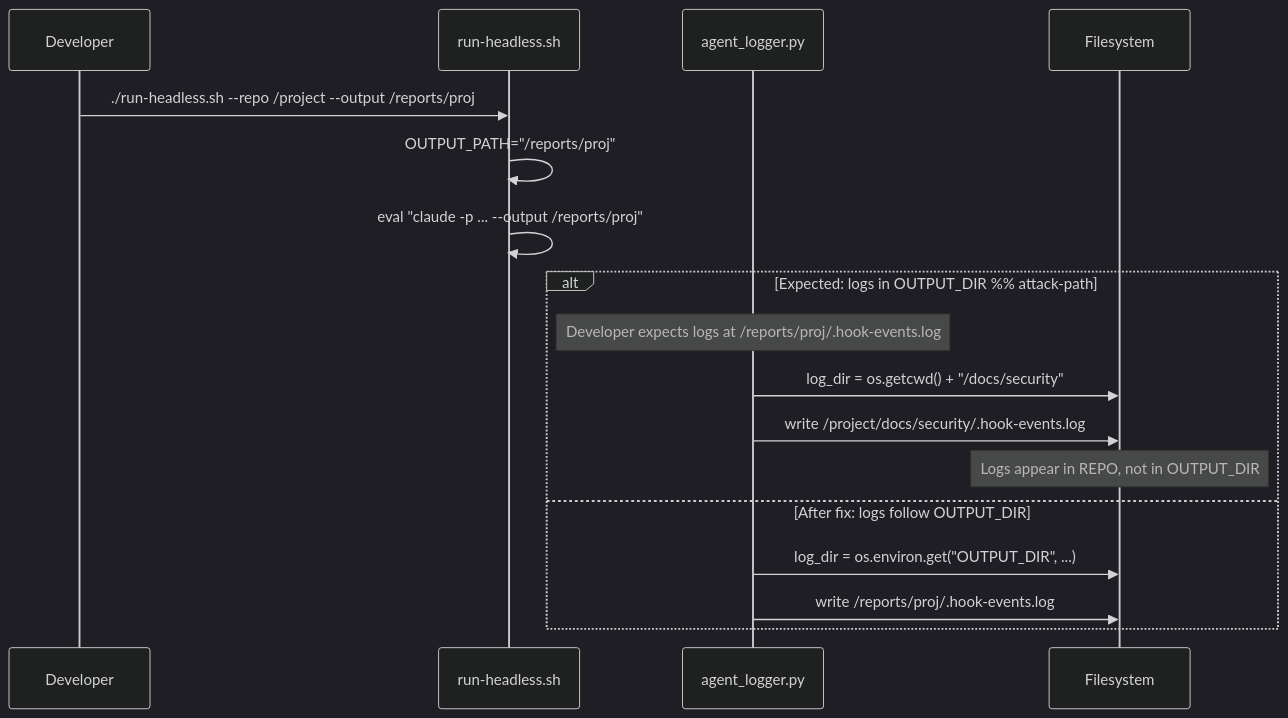
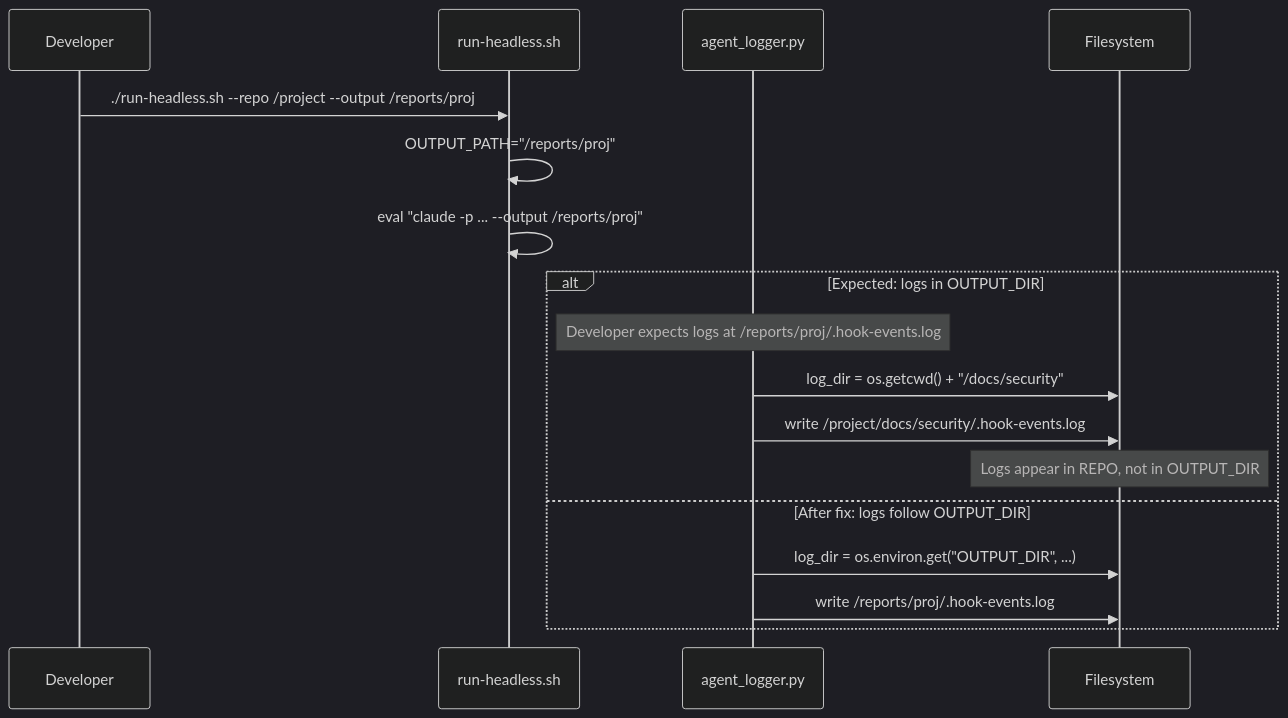
Before and after one commit to appsec-foundry/appsec-advisor: the eighth of 8 diagrams in docs/security/threat-model.md, drawn with Mermaid (dark theme). The commit also changed other lines of this file and 14 other files, not shown here.

````diff
--- a/docs/security/threat-model.md
+++ b/docs/security/threat-model.md
@@ -365,23 +742,23 @@
 ```mermaid
 sequenceDiagram
     %% components: hook-scripts
     %% stride: I, R
     participant User as Developer
     participant HS as run-headless.sh
     participant Logger as agent_logger.py
     participant FS as Filesystem
 
     User->>HS: ./run-headless.sh --repo /project --output /reports/proj
     HS->>HS: OUTPUT_PATH="/reports/proj"
     HS->>HS: eval "claude -p ... --output /reports/proj"
 
-    alt Expected: logs in OUTPUT_DIR %% attack-path
+    alt Expected: logs in OUTPUT_DIR
         Note over Logger: Developer expects logs at /reports/proj/.hook-events.log
         Logger->>FS: log_dir = os.getcwd() + "/docs/security"
         Logger->>FS: write /project/docs/security/.hook-events.log
         Note over FS: Logs appear in REPO, not in OUTPUT_DIR
     else After fix: logs follow OUTPUT_DIR
         Logger->>FS: log_dir = os.environ.get("OUTPUT_DIR", ...)
         Logger->>FS: write /reports/proj/.hook-events.log
     end
 ```
````
